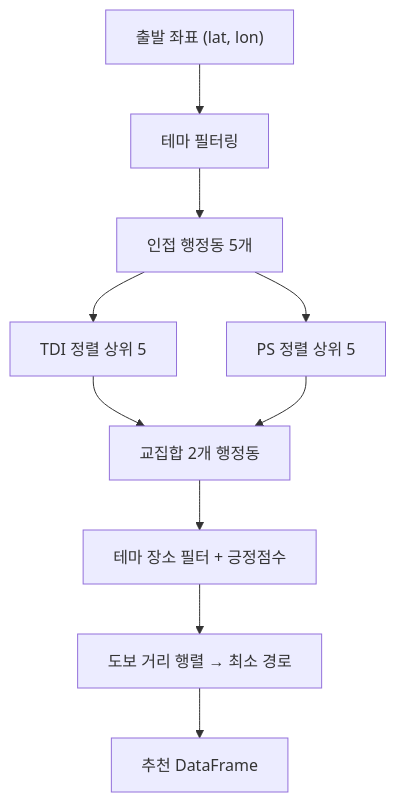
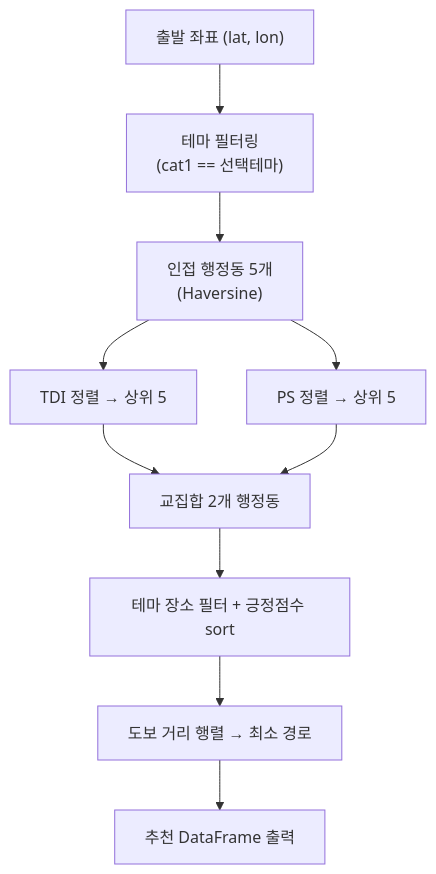
The second of 3 diagrams in README.md (leehj24/Seoul_Strolling_Adventure), drawn with Mermaid before and after one commit. The commit also changed other lines of this file, not shown here.

````diff
--- a/README.md
+++ b/README.md
@@ -85,11 +85,11 @@
-```mermaid
-graph TD
-    A["출발 좌표 (lat, lon)"] --> J["테마 필터링"]
-    J --> B["인접 행정동 5개"]
-    B --> C["TDI 정렬 상위 5"]
-    B --> D["PS 정렬 상위 5"]
-    C & D --> E["교집합 2개 행정동"]
-    E --> F["테마 장소 필터 + 긍정점수"]
-    F --> G["도보 거리 행렬 → 최소 경로"]
-    G --> H["추천 DataFrame"]
-```
+    ```mermaid
+    graph TD
+        A["출발 좌표 (lat, lon)"] --> J["테마 필터링<br>(cat1 == 선택테마)"]
+        J --> B["인접 행정동 5개<br/>(Haversine)"]
+        B --> C["TDI 정렬 → 상위 5"]
+        B --> D["PS 정렬 → 상위 5"]
+        C & D --> E["교집합 2개 행정동"]
+        E --> F["테마 장소 필터 + 긍정점수 sort"]
+        F --> G["도보 거리 행렬 → 최소 경로"]
+        G --> H["추천 DataFrame 출력"]
+    ```
````
